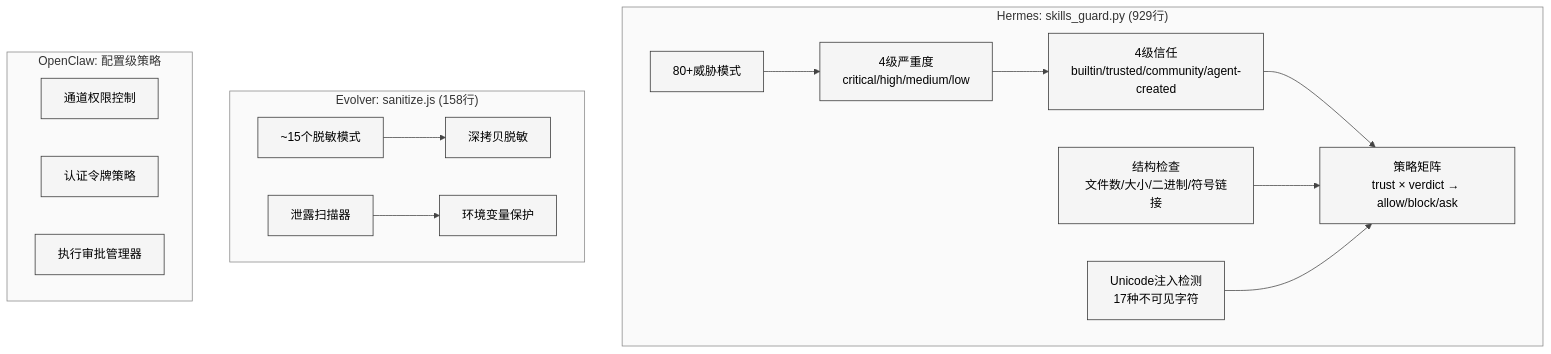
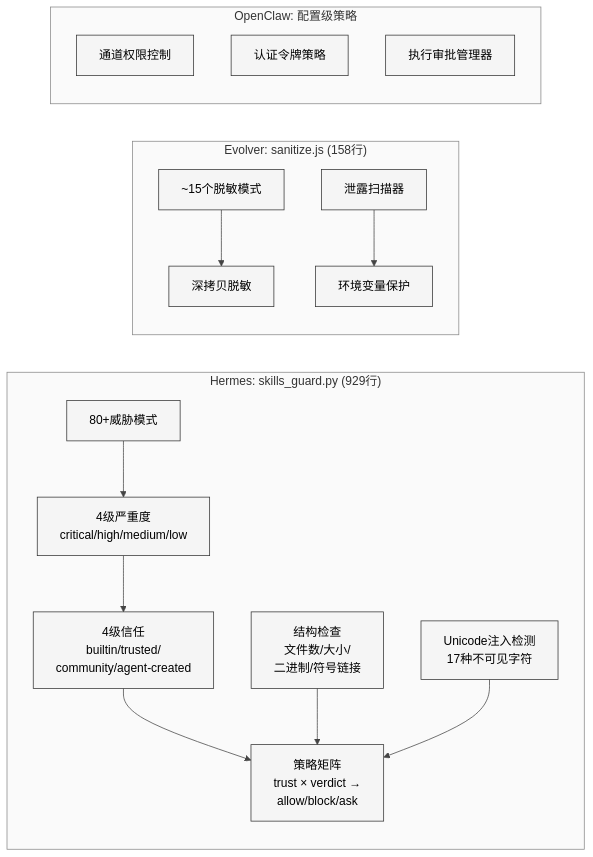
The fourth of 5 diagrams in Part III 同源项目对比分析/30-三项目Skill系统对比.md (xiaonancs/hermes-agent-study), drawn with Mermaid before and after one commit. The commit also changed other lines of this file and 32 other files, not shown here.

First line of the commit message:
Mermaid 图表修复：白色背景板 + 长宽比优化

````diff
--- a/Part III 同源项目对比分析/30-三项目Skill系统对比.md
+++ b/Part III 同源项目对比分析/30-三项目Skill系统对比.md
@@ -387,32 +389,32 @@
 ```mermaid
 %%{init: {'theme': 'neutral', 'themeVariables': {'background': '#ffffff', 'primaryColor': '#f5f5f5', 'primaryTextColor': '#000000', 'primaryBorderColor': '#333333', 'lineColor': '#444444', 'textColor': '#000000', 'mainBkg': '#f5f5f5', 'nodeBorder': '#333333', 'clusterBkg': '#fafafa', 'clusterBorder': '#888888', 'edgeLabelBackground': '#ffffff'}}}%%
-graph TB
+graph LR
     subgraph Hermes_Sec["Hermes: skills_guard.py (929行)"]
         HS1["80+威胁模式"]
         HS2["4级严重度<br/>critical/high/medium/low"]
-        HS3["4级信任<br/>builtin/trusted/community/agent-created"]
-        HS4["策略矩阵<br/>trust × verdict → allow/block/ask"]
-        HS5["结构检查<br/>文件数/大小/二进制/符号链接"]
+        HS3["4级信任<br/>builtin/trusted/<br/>community/agent-created"]
+        HS4["策略矩阵<br/>trust × verdict →<br/>allow/block/ask"]
+        HS5["结构检查<br/>文件数/大小/<br/>二进制/符号链接"]
         HS6["Unicode注入检测<br/>17种不可见字符"]
         
         HS1 --> HS2 --> HS3 --> HS4
         HS5 --> HS4
         HS6 --> HS4
     end
     
     subgraph Evolver_Sec["Evolver: sanitize.js (158行)"]
         ES1["~15个脱敏模式"]
         ES2["泄露扫描器"]
         ES3["深拷贝脱敏"]
         ES4["环境变量保护"]
         
         ES1 --> ES3
         ES2 --> ES4
     end
     
     subgraph OpenClaw_Sec["OpenClaw: 配置级策略"]
         OS1["通道权限控制"]
         OS2["认证令牌策略"]
         OS3["执行审批管理器"]
     end
 ```
````
